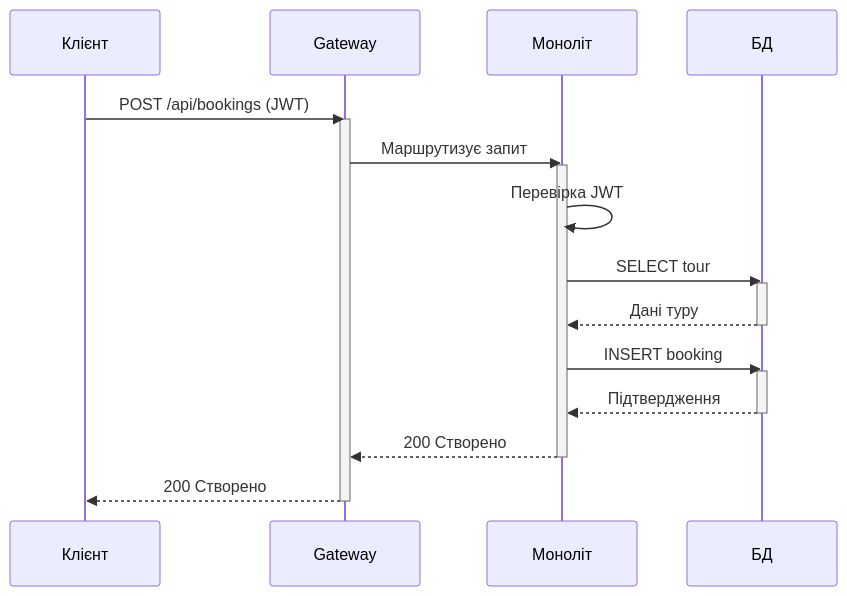
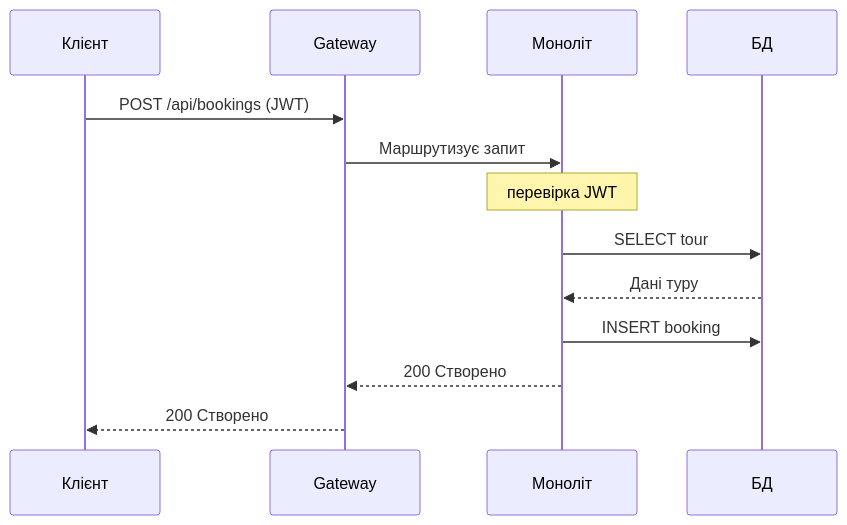
One commit to Mielssen/MiniProject changed the second of 3 diagrams in docs/diagrams/diagrams.md. Above: the diagram before and after it, drawn with Mermaid. The commit also changed other lines of this file, not shown here.

````diff
--- a/docs/diagrams/diagrams.md
+++ b/docs/diagrams/diagrams.md
@@ -28,31 +28,20 @@
 ```mermaid
 sequenceDiagram
     participant Client as Клієнт
     participant Gateway as Gateway
     participant Monolith as Моноліт
     participant DB as БД
 
     Client->>Gateway: POST /api/bookings (JWT)
-    activate Gateway
+    Gateway->>Monolith: Маршрутизує запит
 
-    Gateway->>Monolith: Маршрутизує запит
-    activate Monolith
-    
-    Monolith->>Monolith: Перевірка JWT
-    
+    Note over Monolith: перевірка JWT
+
     Monolith->>DB: SELECT tour
-    activate DB
     DB-->>Monolith: Дані туру
-    deactivate DB
-    
+
     Monolith->>DB: INSERT booking
-    activate DB
-    DB-->>Monolith: Підтвердження
-    deactivate DB
-    
+
     Monolith-->>Gateway: 200 Створено
-    deactivate Monolith
-    
     Gateway-->>Client: 200 Створено
-    deactivate Gateway
 ```
````
